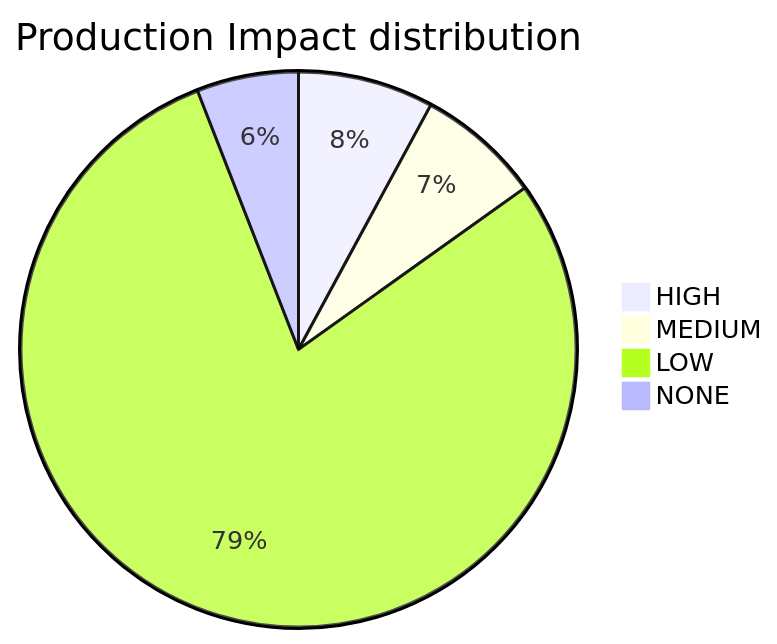
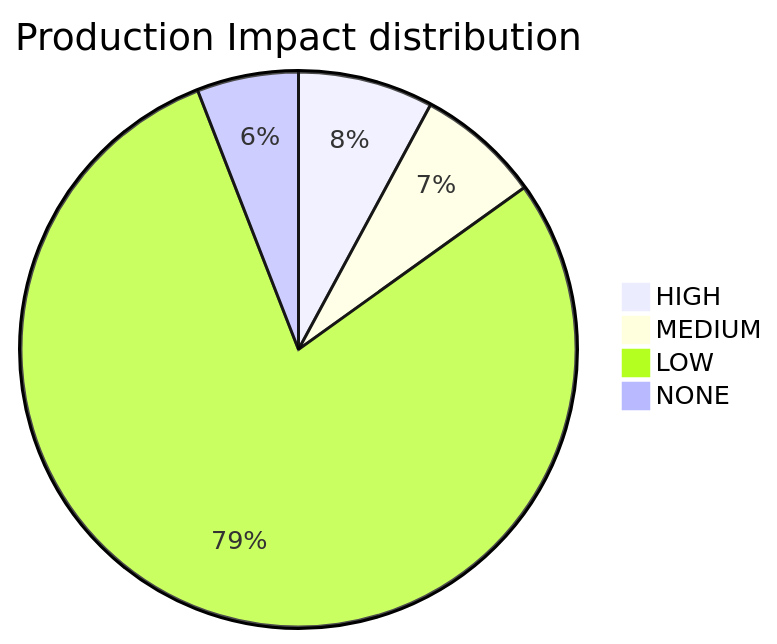
The diagram in PLATFORM_HEALTH.md (mikeybeezy/goldenpath-idp-infra), drawn with Mermaid before and after one commit. The commit also changed other lines of this file, not shown here.

````diff
--- a/PLATFORM_HEALTH.md
+++ b/PLATFORM_HEALTH.md
@@ -53,7 +53,7 @@
 ```mermaid
 pie title Production Impact distribution
     "HIGH" : 36
     "MEDIUM" : 33
-    "LOW" : 360
+    "LOW" : 361
     "NONE" : 27
 ```
````
